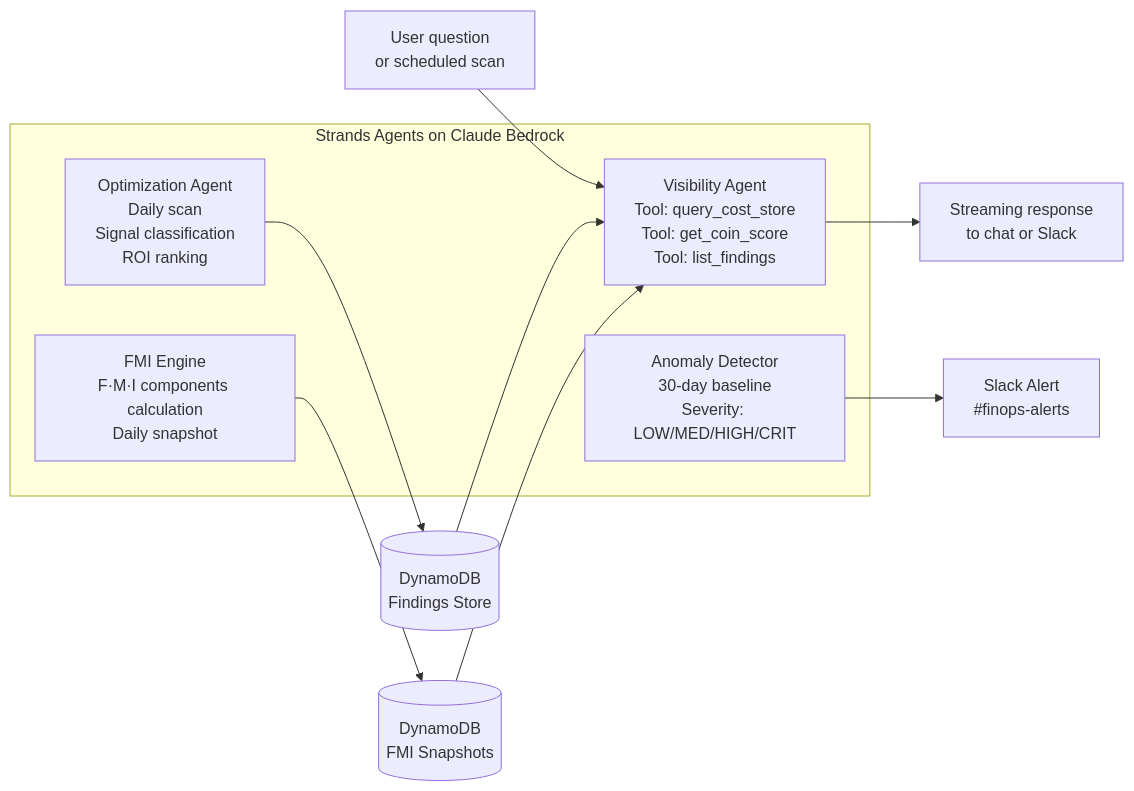
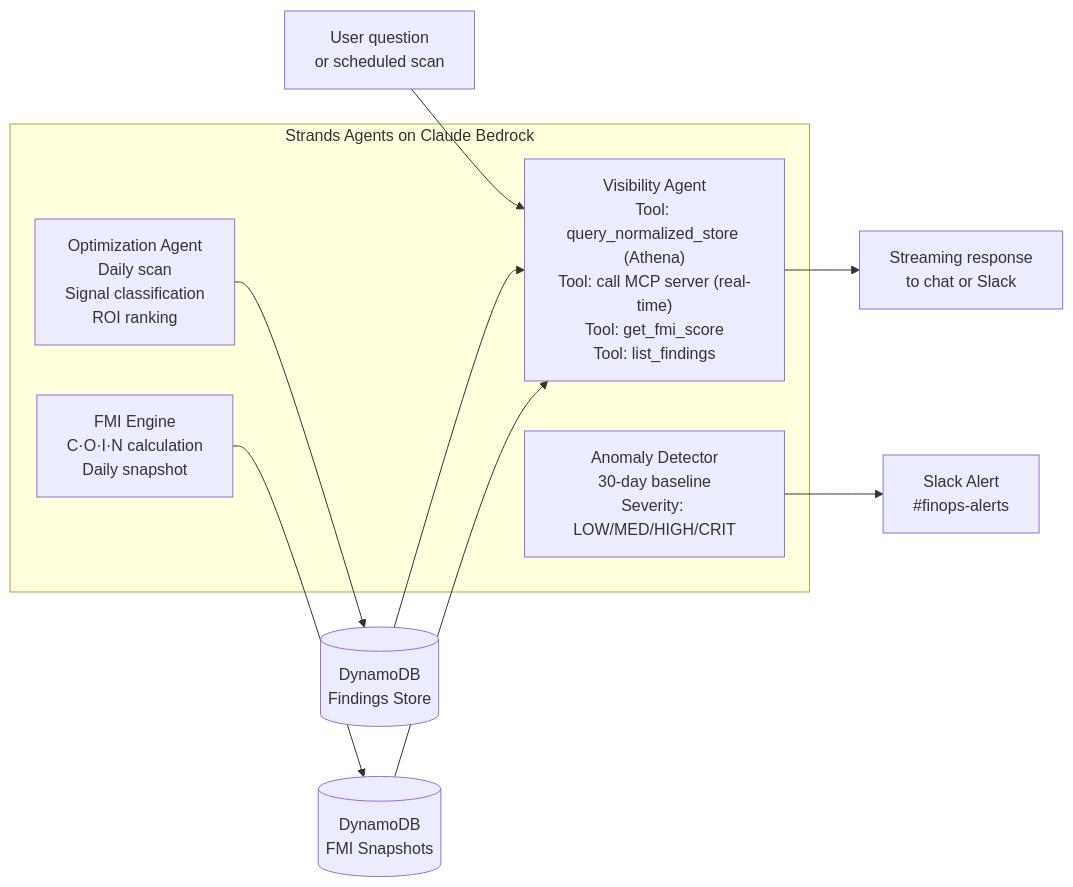
One commit to udaykirannag2/kostops changed the second of 3 diagrams in docs/ARCHITECTURE.md. Above: the diagram before and after it, drawn with Mermaid. The commit also changed other lines of this file and 3 other files, not shown here.

First line of the commit message:
docs: FOCUS v1.2 normalization, multi-cloud connector specs, COIN score model

````diff
--- a/docs/ARCHITECTURE.md
+++ b/docs/ARCHITECTURE.md
@@ -88,18 +125,18 @@
 ```mermaid
 flowchart LR
-    Q[User question\nor scheduled scan] --> VA
+    Q["User question<br/>or scheduled scan"] --> VA
 
     subgraph Agents["Strands Agents on Claude Bedrock"]
-        VA[Visibility Agent\nTool: query_cost_store\nTool: get_coin_score\nTool: list_findings]
-        OA[Optimization Agent\nDaily scan\nSignal classification\nROI ranking]
-        CE[FMI Engine\nF·M·I components calculation\nDaily snapshot]
-        AD[Anomaly Detector\n30-day baseline\nSeverity: LOW/MED/HIGH/CRIT]
+        VA["Visibility Agent<br/>Tool: query_normalized_store (Athena)<br/>Tool: call MCP server (real-time)<br/>Tool: get_fmi_score<br/>Tool: list_findings"]
+        OA["Optimization Agent<br/>Daily scan<br/>Signal classification<br/>ROI ranking"]
+        FE["FMI Engine<br/>C·O·I·N calculation<br/>Daily snapshot"]
+        AD["Anomaly Detector<br/>30-day baseline<br/>Severity: LOW/MED/HIGH/CRIT"]
     end
 
-    VA --> R[Streaming response\nto chat or Slack]
-    OA --> F[(DynamoDB\nFindings Store)]
-    CE --> S[(DynamoDB\nFMI Snapshots)]
-    AD --> AL[Slack Alert\n#finops-alerts]
+    VA --> R["Streaming response<br/>to chat or Slack"]
+    OA --> F[("DynamoDB<br/>Findings Store")]
+    FE --> S[("DynamoDB<br/>FMI Snapshots")]
+    AD --> AL["Slack Alert<br/>#finops-alerts"]
     F --> VA
     S --> VA
 ```
````
